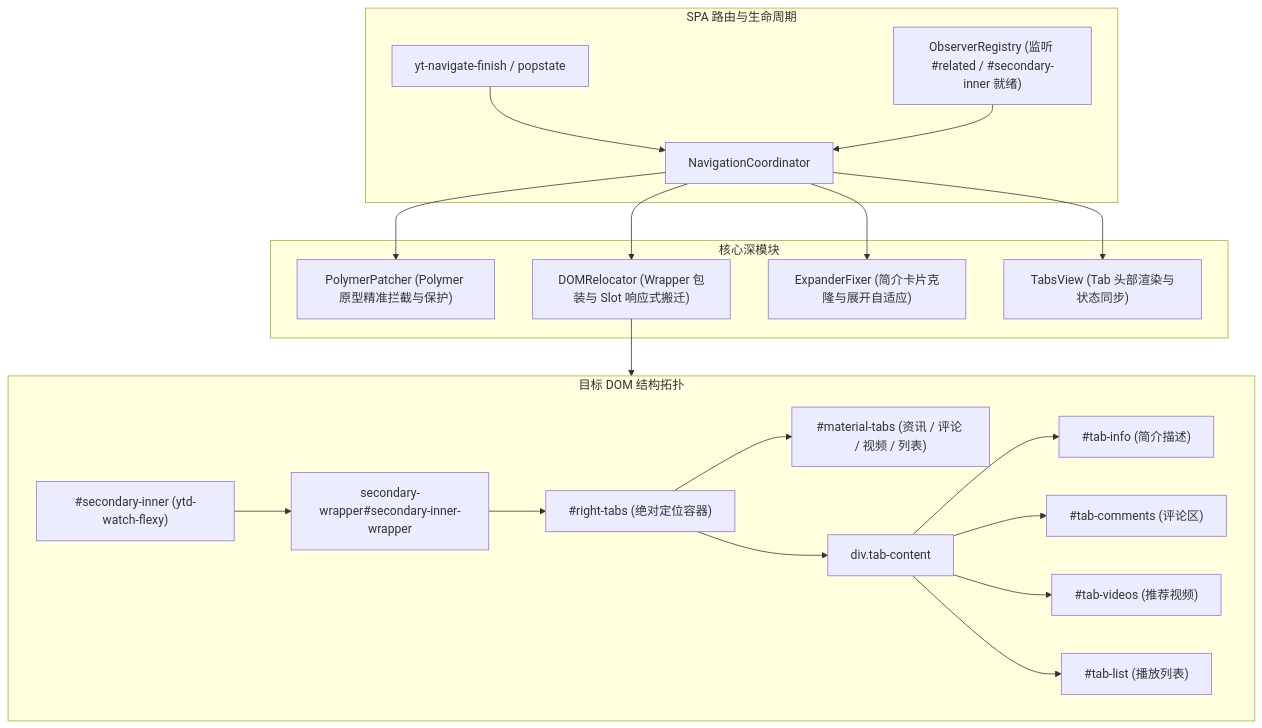
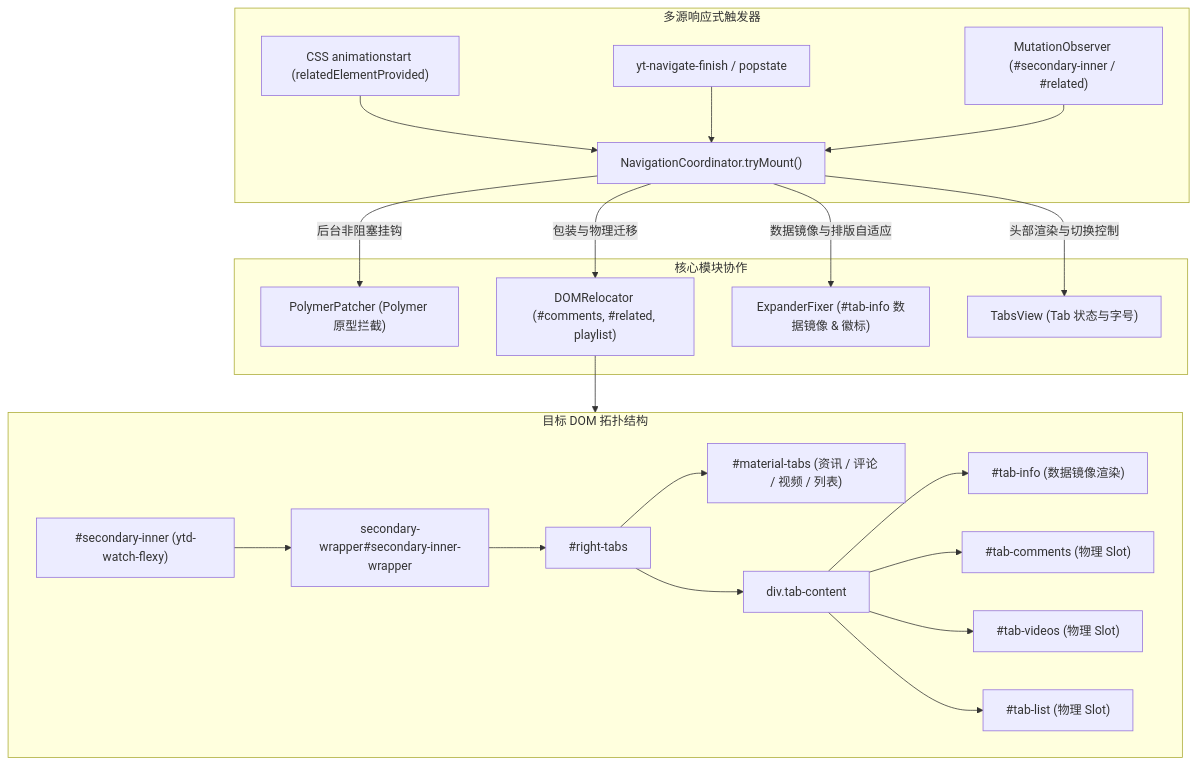
One commit to lidaixingchen/YouTube_Turbo changed the diagram in docs/tabview-repair-plan.md. Above: the diagram before and after it, drawn with Mermaid. The commit also changed other lines of this file and 3 other files, not shown here.

Commit message:
docs: update watch layout architecture and sidebar repair plans

````diff
--- a/docs/tabview-repair-plan.md
+++ b/docs/tabview-repair-plan.md
@@ -43,37 +48,38 @@
 ```mermaid
 flowchart TD
-    subgraph SPA_Lifecycle ["SPA 路由与生命周期"]
-        NAV["yt-navigate-finish / popstate"] --> NC["NavigationCoordinator"]
-        OBS_WATCH["ObserverRegistry (监听 #related / #secondary-inner 就绪)"] --> NC
+    subgraph Multi_Source_Triggers ["多源响应式触发器"]
+        ANIM["CSS animationstart (relatedElementProvided)"] --> NC["NavigationCoordinator.tryMount()"]
+        NAV["yt-navigate-finish / popstate"] --> NC
+        MO["MutationObserver (#secondary-inner / #related)"] --> NC
     end
 
-    subgraph Core_Engines ["核心深模块"]
-        NC --> PP["PolymerPatcher (Polymer 原型精准拦截与保护)"]
-        NC --> DR["DOMRelocator (Wrapper 包装与 Slot 响应式搬迁)"]
-        NC --> EF["ExpanderFixer (简介卡片克隆与展开自适应)"]
-        NC --> TV["TabsView (Tab 头部渲染与状态同步)"]
+    subgraph Core_Engines ["核心模块协作"]
+        NC -->|后台非阻塞挂钩| PP["PolymerPatcher (Polymer 原型拦截)"]
+        NC -->|包装与物理迁移| DR["DOMRelocator (#comments, #related, playlist)"]
+        NC -->|数据镜像与排版自适应| EF["ExpanderFixer (#tab-info 数据镜像 & 徽标)"]
+        NC -->|头部渲染与切换控制| TV["TabsView (Tab 状态与字号)"]
     end
 
-    subgraph DOM_Structure ["目标 DOM 结构拓扑"]
+    subgraph DOM_Topology ["目标 DOM 拓扑结构"]
         SI["#secondary-inner (ytd-watch-flexy)"]
         SW["secondary-wrapper#secondary-inner-wrapper"]
-        RT["#right-tabs (绝对定位容器)"]
+        RT["#right-tabs"]
         MT["#material-tabs (资讯 / 评论 / 视频 / 列表)"]
         TC["div.tab-content"]
-        T_INFO["#tab-info (简介描述)"]
-        T_COMM["#tab-comments (评论区)"]
-        T_VIDS["#tab-videos (推荐视频)"]
-        T_LIST["#tab-list (播放列表)"]
+        T_INFO["#tab-info (数据镜像渲染)"]
+        T_COMM["#tab-comments (物理 Slot)"]
+        T_VIDS["#tab-videos (物理 Slot)"]
+        T_LIST["#tab-list (物理 Slot)"]
 
         SI --> SW
         SW --> RT
         RT --> MT
         RT --> TC
         TC --> T_INFO
         TC --> T_COMM
         TC --> T_VIDS
         TC --> T_LIST
     end
 
-    DR --> DOM_Structure
+    DR --> DOM_Topology
 ```
````
